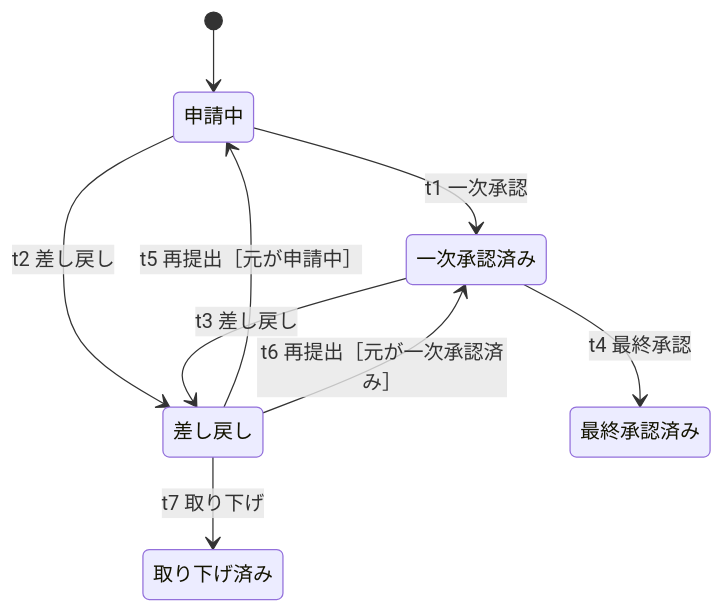
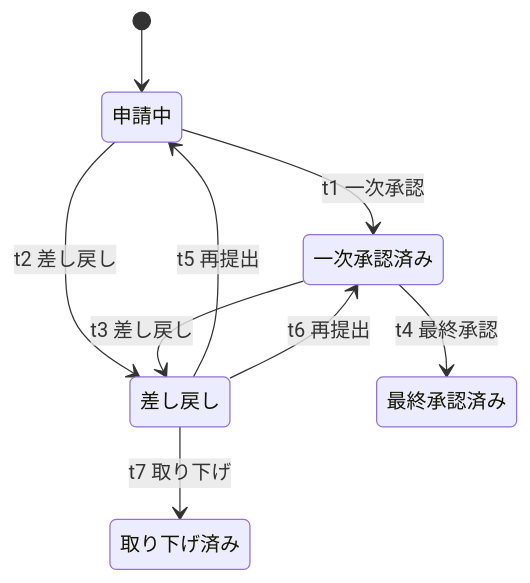
The first of 2 diagrams in sites/al-ta/docs/lessons/lesson14/index.md (ozaki25/jstqb-foundation-training-ozaki25), drawn with Mermaid before and after one commit. The commit also changed other lines of this file and 8 other files, not shown here.

First line of the commit message:
AL-TA: レッスンの図をスマホ幅に収める（lesson14〜27）

````diff
--- a/sites/al-ta/docs/lessons/lesson14/index.md
+++ b/sites/al-ta/docs/lessons/lesson14/index.md
@@ -73,16 +73,16 @@
 ```mermaid
 stateDiagram-v2
     state "申請中" as S
     state "一次承認済み" as F
     state "差し戻し" as R
     state "最終承認済み" as A
     state "取り下げ済み" as W
     [*] --> S
     S --> F : t1 一次承認
     S --> R : t2 差し戻し
     F --> R : t3 差し戻し
     F --> A : t4 最終承認
-    R --> S : t5 再提出［元が申請中］
-    R --> F : t6 再提出［元が一次承認済み］
+    R --> S : t5 再提出
+    R --> F : t6 再提出
     R --> W : t7 取り下げ
 ```
````
